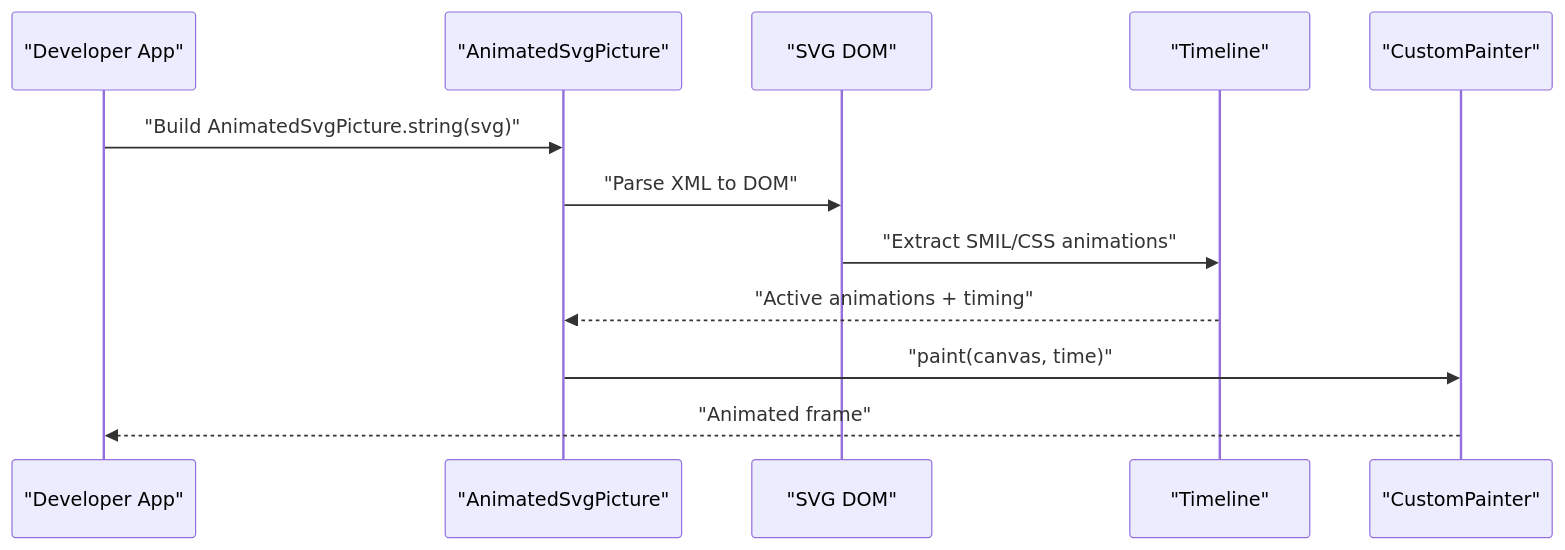
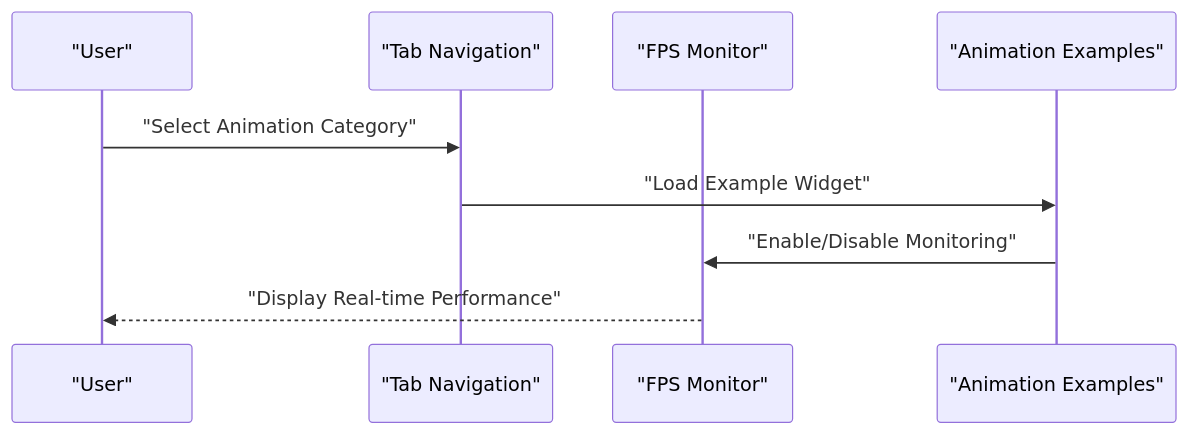
The fifth of 8 diagrams in .qoder/repowiki/en/content/Examples and Tutorials.md (denisnadey/flutter_full_svg_support), drawn with Mermaid before and after one commit. The commit also changed other lines of this file and 8 other files, not shown here.

````diff
--- a/.qoder/repowiki/en/content/Examples and Tutorials.md
+++ b/.qoder/repowiki/en/content/Examples and Tutorials.md
@@ -220,14 +315,11 @@
 ```mermaid
 sequenceDiagram
-participant Dev as "Developer App"
-participant ASP as "AnimatedSvgPicture"
-participant DOM as "SVG DOM"
-participant TL as "Timeline"
-participant Render as "CustomPainter"
-Dev->>ASP : "Build AnimatedSvgPicture.string(svg)"
-ASP->>DOM : "Parse XML to DOM"
-DOM->>TL : "Extract SMIL/CSS animations"
-TL-->>ASP : "Active animations + timing"
-ASP->>Render : "paint(canvas, time)"
-Render-->>Dev : "Animated frame"
+participant User as "User"
+participant Tabs as "Tab Navigation"
+participant FPS as "FPS Monitor"
+participant Examples as "Animation Examples"
+User->>Tabs : "Select Animation Category"
+Tabs->>Examples : "Load Example Widget"
+Examples->>FPS : "Enable/Disable Monitoring"
+FPS-->>User : "Display Real-time Performance"
 ```
````
